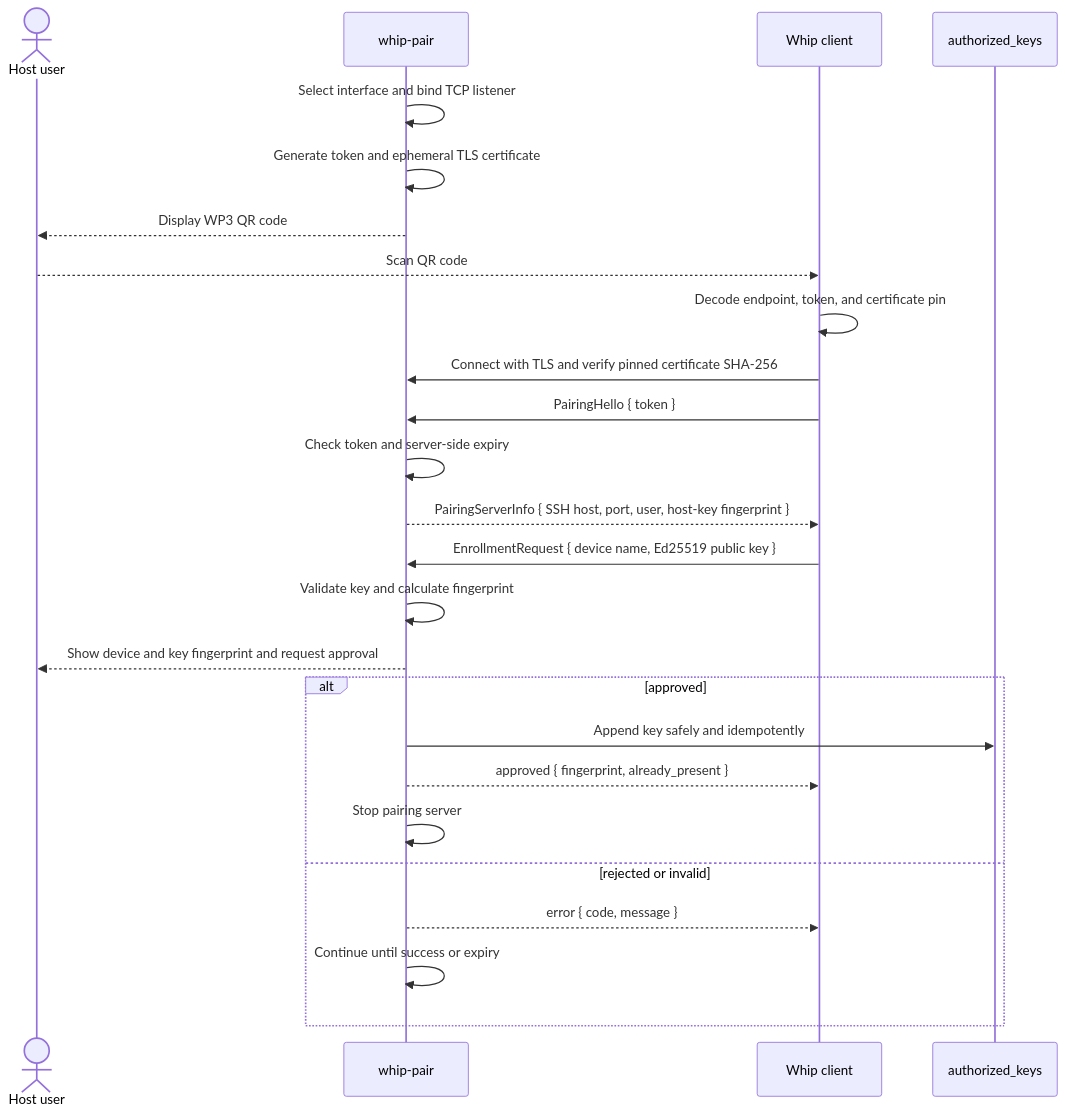
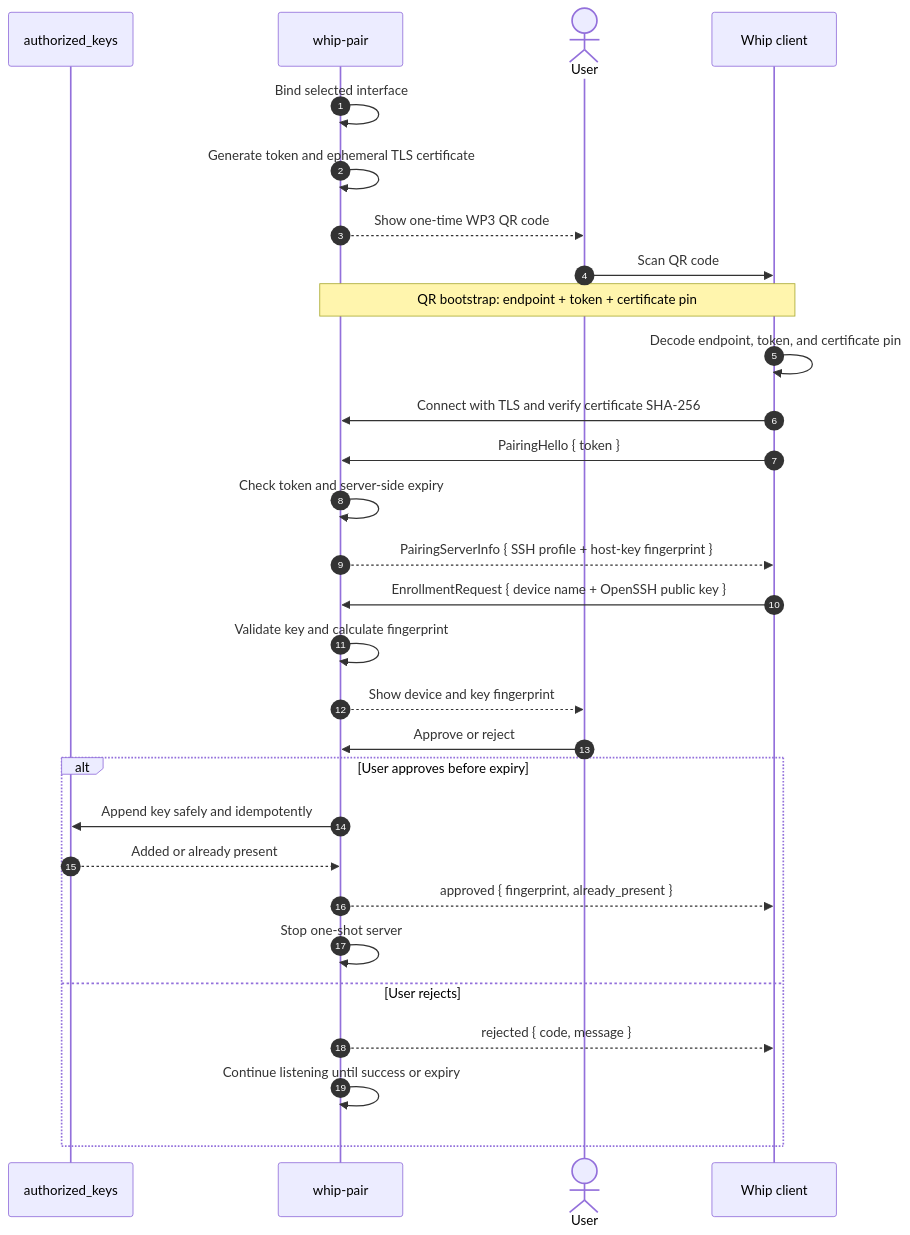
One commit to KaminariOS/whip changed the diagram in whip-pair/docs/wp3-sequence.mmd. Above: the diagram before and after it, drawn with Mermaid. The commit also changed 4 other files, not shown here.

Commit message:
fix: broaden WP3 host-key discovery and embed its diagram

```diff
--- a/whip-pair/docs/wp3-sequence.mmd
+++ b/whip-pair/docs/wp3-sequence.mmd
@@ -1,26 +1,30 @@
 sequenceDiagram
-    actor HostUser as Host user
-    participant Host as whip-pair
+    autonumber
+    participant Keys as authorized_keys
+    participant Pair as whip-pair
+    actor User
     participant Whip as Whip client
-    participant Keys as authorized_keys
 
-    Host->>Host: Select interface and bind TCP listener
-    Host->>Host: Generate token and ephemeral TLS certificate
-    Host-->>HostUser: Display WP3 QR code
-    HostUser-->>Whip: Scan QR code
+    Pair->>Pair: Bind selected interface
+    Pair->>Pair: Generate token and ephemeral TLS certificate
+    Pair-->>User: Show one-time WP3 QR code
+    User->>Whip: Scan QR code
+    Note over Pair,Whip: QR bootstrap: endpoint + token + certificate pin
     Whip->>Whip: Decode endpoint, token, and certificate pin
-    Whip->>Host: Connect with TLS and verify pinned certificate SHA-256
-    Whip->>Host: PairingHello { token }
-    Host->>Host: Check token and server-side expiry
-    Host-->>Whip: PairingServerInfo { SSH host, port, user, host-key fingerprint }
-    Whip->>Host: EnrollmentRequest { device name, Ed25519 public key }
-    Host->>Host: Validate key and calculate fingerprint
-    Host-->>HostUser: Show device and key fingerprint and request approval
-    alt approved
-        Host->>Keys: Append key safely and idempotently
-        Host-->>Whip: approved { fingerprint, already_present }
-        Host->>Host: Stop pairing server
-    else rejected or invalid
-        Host-->>Whip: error { code, message }
-        Host->>Host: Continue until success or expiry
+    Whip->>Pair: Connect with TLS and verify certificate SHA-256
+    Whip->>Pair: PairingHello { token }
+    Pair->>Pair: Check token and server-side expiry
+    Pair-->>Whip: PairingServerInfo { SSH profile + host-key fingerprint }
+    Whip->>Pair: EnrollmentRequest { device name + OpenSSH public key }
+    Pair->>Pair: Validate key and calculate fingerprint
+    Pair-->>User: Show device and key fingerprint
+    User->>Pair: Approve or reject
+    alt User approves before expiry
+        Pair->>Keys: Append key safely and idempotently
+        Keys-->>Pair: Added or already present
+        Pair-->>Whip: approved { fingerprint, already_present }
+        Pair->>Pair: Stop one-shot server
+    else User rejects
+        Pair-->>Whip: rejected { code, message }
+        Pair->>Pair: Continue listening until success or expiry
     end
```
